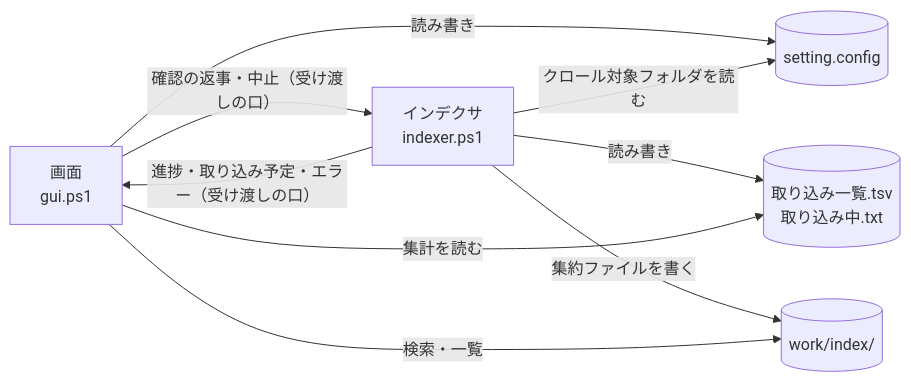
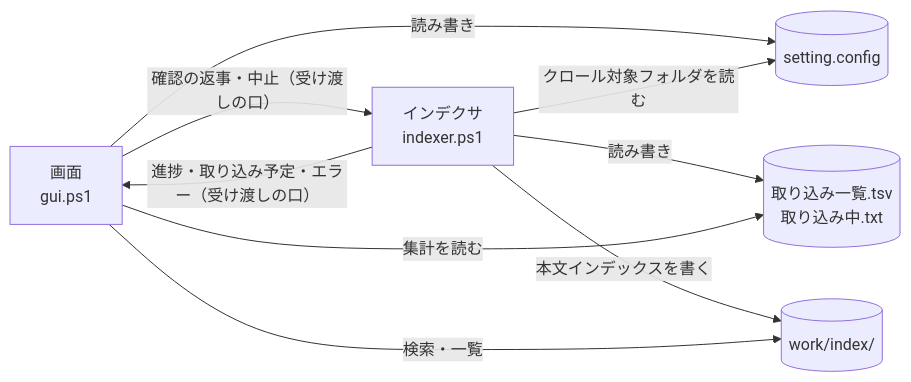
One commit to hsgwa/tebunko changed the diagram in docs/design/architecture/layout.md. Above: the diagram before and after it, drawn with Mermaid. The commit also changed other lines of this file and 27 other files, not shown here.

````diff
--- a/docs/design/architecture/layout.md
+++ b/docs/design/architecture/layout.md
@@ -100,16 +100,16 @@
 ```mermaid
 flowchart LR
     CFG[("setting.config")]
     GUI["画面<br>gui.ps1"]
     IDX["インデクサ<br>indexer.ps1"]
     ST[("取り込み一覧.tsv<br>取り込み中.txt")]
     IX[("work/index/")]
     GUI -- 読み書き --> CFG
     IDX -- クロール対象フォルダを読む --> CFG
     IDX -- "進捗・取り込み予定・エラー（受け渡しの口）" --> GUI
     GUI -- "確認の返事・中止（受け渡しの口）" --> IDX
     IDX -- 読み書き --> ST
-    IDX -- 集約ファイルを書く --> IX
+    IDX -- 本文インデックスを書く --> IX
     GUI -- 検索・一覧 --> IX
     GUI -- 集計を読む --> ST
 ```
````
